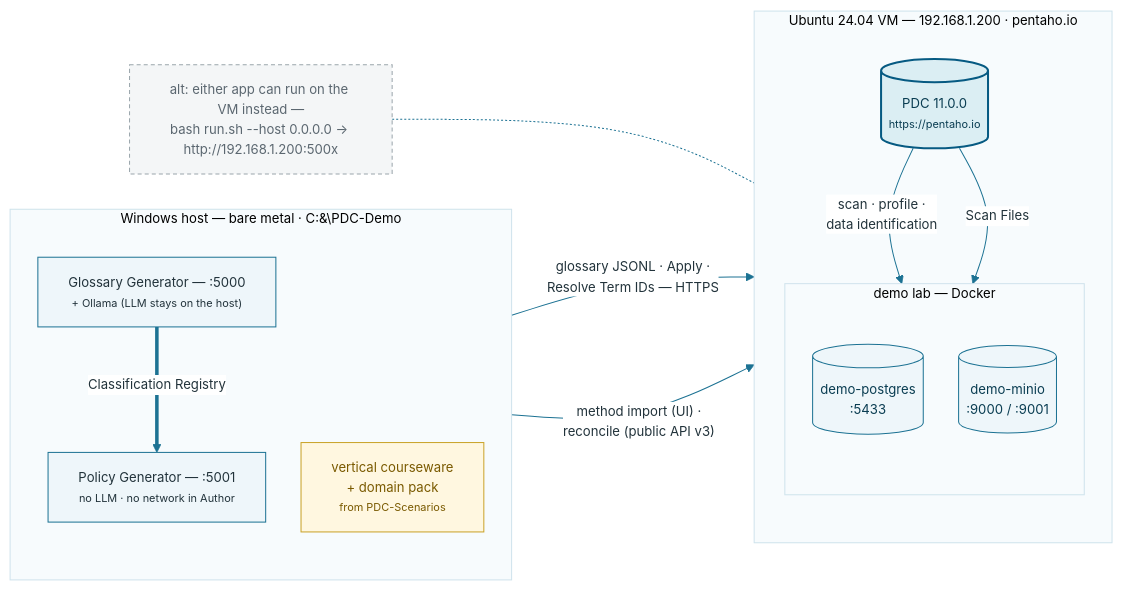
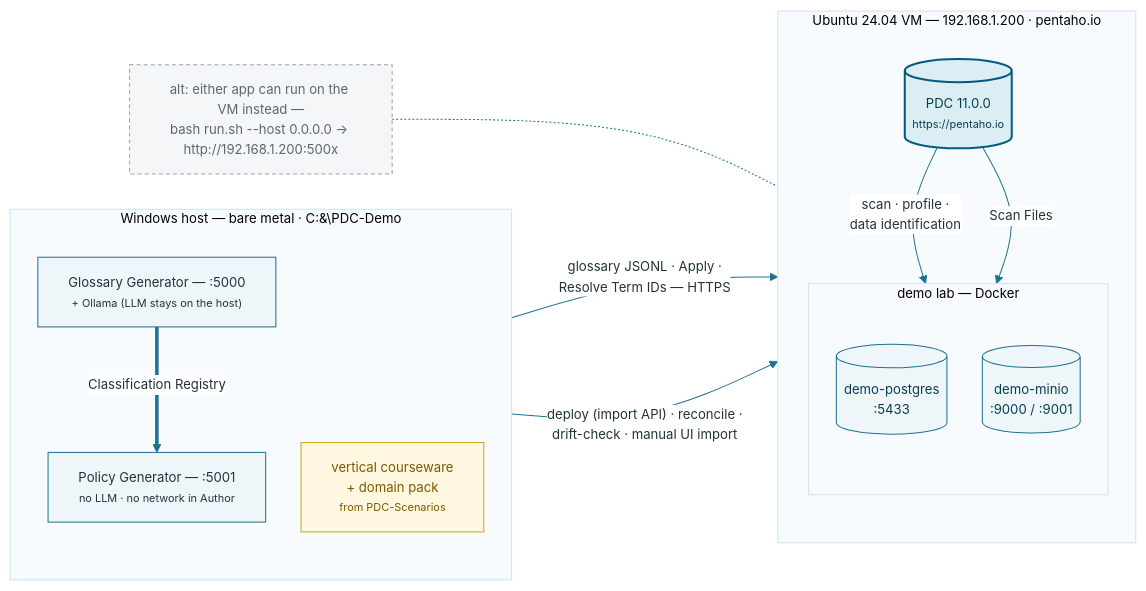
One commit to jporeilly/PDC-Policy-Generator changed the first of 2 diagrams in docs/INSTALL.md. Above: the diagram before and after it, drawn with Mermaid. The commit also changed other lines of this file and 24 other files, not shown here.

First line of the commit message:
1.8.0 - Deploy + Drift-check: the full lifecycle, live-verified

````diff
--- a/docs/INSTALL.md
+++ b/docs/INSTALL.md
@@ -48,36 +48,36 @@
 ```mermaid
 %%{init: {'theme':'base','themeVariables':{'primaryColor':'#EEF6FA','primaryBorderColor':'#1C7293','primaryTextColor':'#22333B','lineColor':'#1C7293','fontFamily':'Segoe UI, sans-serif','fontSize':'13px','clusterBkg':'#F7FBFD','clusterBorder':'#CFE3EC','edgeLabelBackground':'#FFFFFF'},'flowchart':{'curve':'basis','nodeSpacing':35,'rankSpacing':70}}}%%
 flowchart LR
     subgraph WIN["Windows host &mdash; bare metal &middot; C:&#92;PDC-Demo"]
         direction TB
         GGU["Glossary Generator &mdash; :5000<br/><small>+ Ollama (LLM stays on the host)</small>"]
         PGU["Policy Generator &mdash; :5001<br/><small>no LLM &middot; no network in Author</small>"]
         KIT["vertical courseware<br/>+ domain pack<br/><small>from PDC-Scenarios</small>"]
     end
     subgraph VM["Ubuntu 24.04 VM &mdash; 192.168.1.200 &middot; pentaho.io"]
         direction TB
         PDC[("PDC 11.0.0<br/><small>https://pentaho.io</small>")]
         subgraph LAB["demo lab &mdash; Docker"]
             direction TB
             PGDB[("demo-postgres<br/>:5433")]
             MINIO[("demo-minio<br/>:9000 / :9001")]
         end
     end
     GGU == "Classification Registry" ==> PGU
     GGU -- "glossary JSONL &middot; Apply &middot;<br/>Resolve Term IDs &mdash; HTTPS" --> PDC
-    PGU -- "method import (UI) &middot;<br/>reconcile (public API v3)" --> PDC
+    PGU -- "deploy (import API) &middot; reconcile &middot;<br/>drift-check &middot; manual UI import" --> PDC
     PDC -- "scan &middot; profile &middot;<br/>data identification" --> PGDB
     PDC -- "Scan Files" --> MINIO
     ALT["alt: either app can run on the VM instead &mdash;<br/>bash run.sh --host 0.0.0.0 &rarr; http://192.168.1.200:500x"]
     ALT -.- VM
 
     classDef contract fill:#0A3D52,color:#fff,stroke:#0A3D52
     classDef pdc fill:#DBEEF3,stroke:#065A82,color:#0A3D52,stroke-width:2px
     classDef data fill:#EEF6FA,stroke:#1C7293,color:#0A3D52
     classDef kit fill:#FFF7E0,stroke:#C9A227,color:#7A5A00
     classDef note fill:#F4F6F7,stroke:#9AA5AB,color:#5B6770,stroke-dasharray:4 3
     class PDC pdc
     class PGDB,MINIO data
     class KIT kit
     class ALT note
 ```
````
